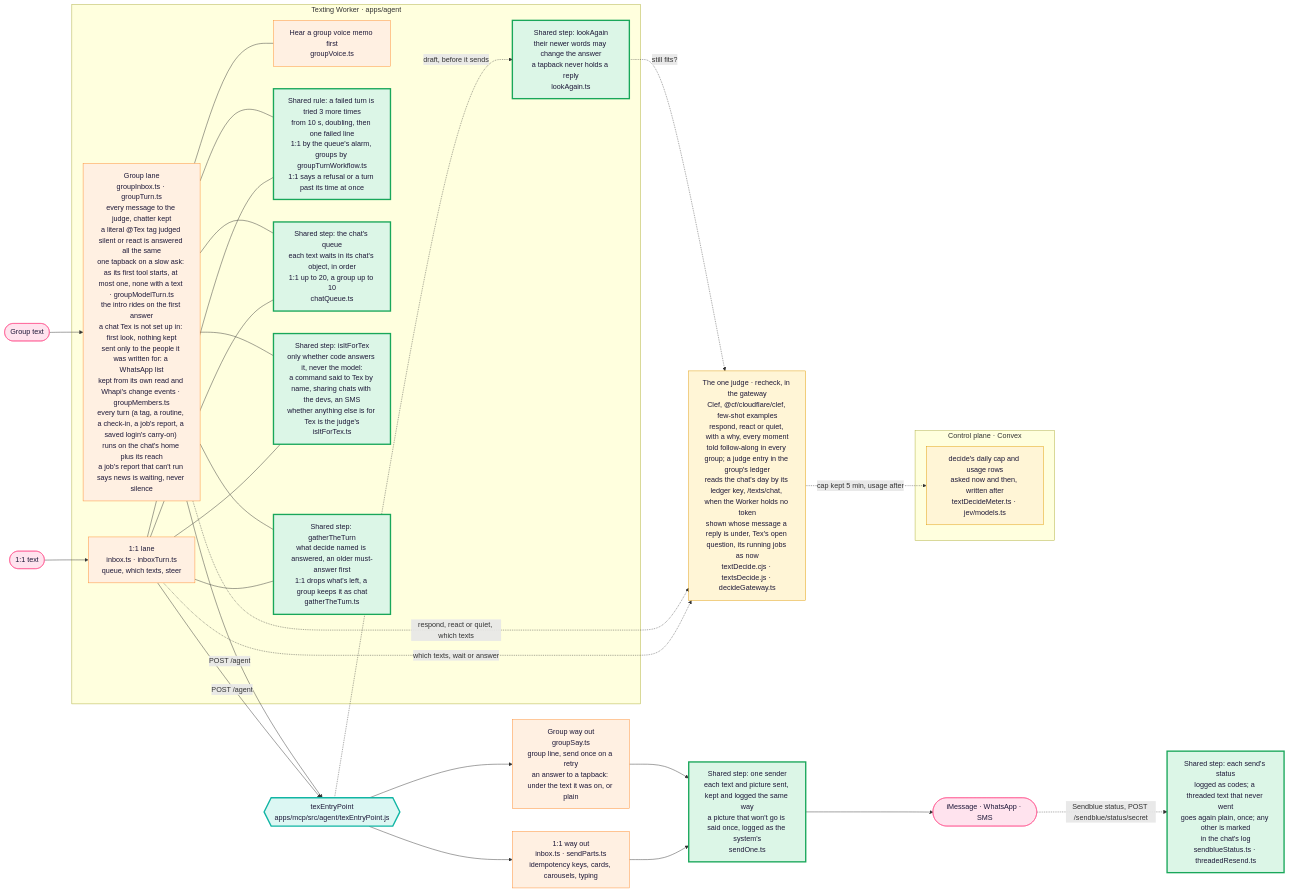
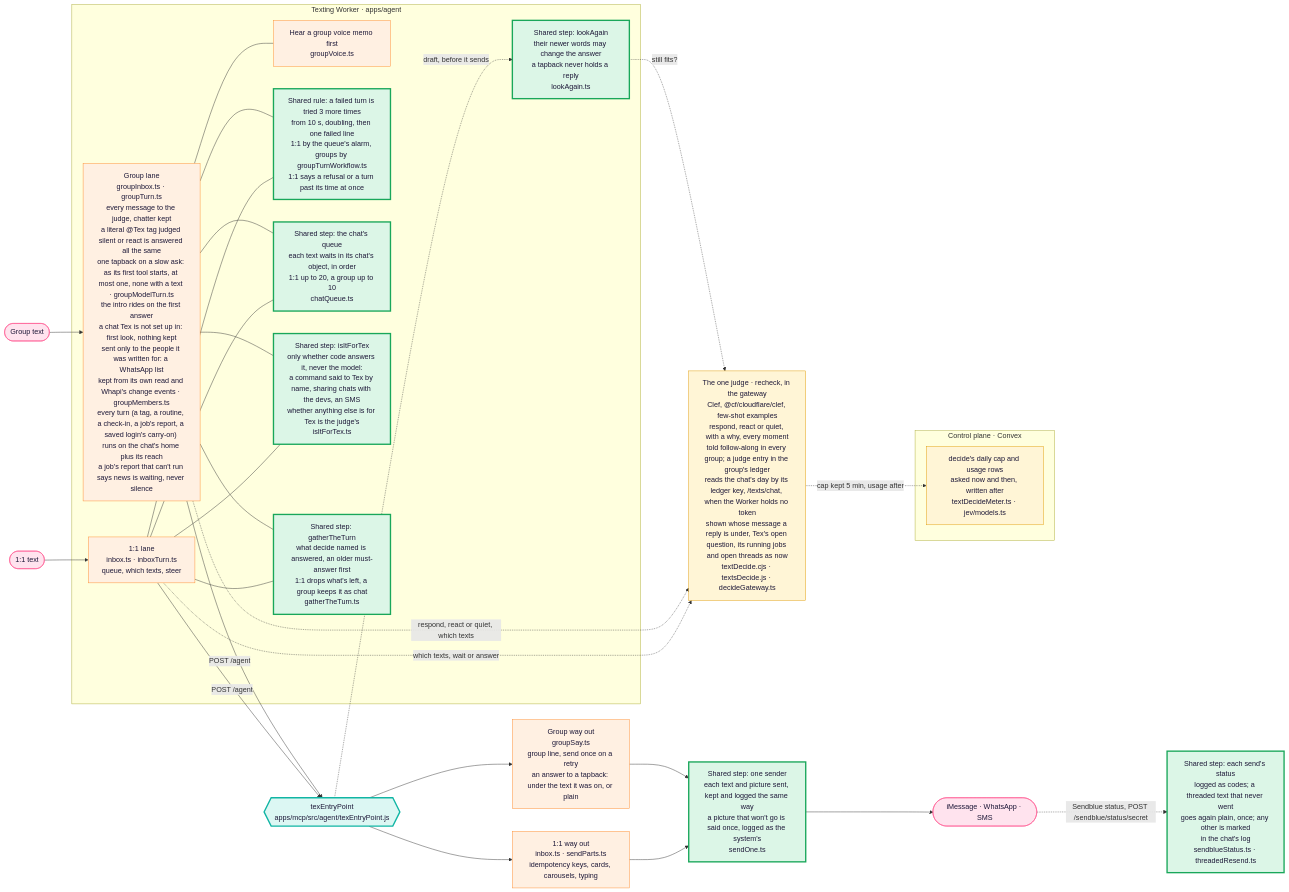
The first of 3 diagrams in docs/architecture/tex.md (Supa-Media/context), drawn with Mermaid before and after one commit. The commit also changed other lines of this file and 5 other files, not shown here.

First line of the commit message:
Tell the judge which conversations in the chat are open

````diff
--- a/docs/architecture/tex.md
+++ b/docs/architecture/tex.md
@@ -22,47 +22,47 @@
 ```mermaid
 flowchart LR
   P1([1:1 text]):::you --> W1
   P2([Group text]):::you --> W2
   subgraph Worker["Texting Worker · apps/agent"]
     W1["1:1 lane<br/>inbox.ts · inboxTurn.ts<br/>queue, which texts, steer"]:::pipe
     W2["Group lane<br/>groupInbox.ts · groupTurn.ts<br/>every message to the judge, chatter kept<br/>a literal @Tex tag judged silent or react is answered all the same<br/>one tapback on a slow ask: as its first tool starts, at most one, none with a text · groupModelTurn.ts<br/>the intro rides on the first answer<br/>a chat Tex is not set up in: first look, nothing kept<br/>sent only to the people it was written for: a WhatsApp list<br/>kept from its own read and Whapi's change events · groupMembers.ts<br/>every turn (a tag, a routine, a check-in, a job's report, a saved login's carry-on) runs on the chat's home plus its reach<br/>a job's report that can't run says news is waiting, never silence"]:::pipe
     H["Hear a group voice memo first<br/>groupVoice.ts"]:::pipe
     W2 --- H
     LA["Shared step: lookAgain<br/>their newer words may change the answer<br/>a tapback never holds a reply<br/>lookAgain.ts"]:::shared
     RT["Shared rule: a failed turn is tried 3 more times<br/>from 10 s, doubling, then one failed line<br/>1:1 by the queue's alarm, groups by groupTurnWorkflow.ts<br/>1:1 says a refusal or a turn past its time at once"]:::shared
     W1 --- RT
     W2 --- RT
     Q["Shared step: the chat's queue<br/>each text waits in its chat's object, in order<br/>1:1 up to 20, a group up to 10<br/>chatQueue.ts"]:::shared
     W1 --- Q
     W2 --- Q
     FT["Shared step: isItForTex<br/>only whether code answers it, never the model:<br/>a command said to Tex by name, sharing chats with the devs, an SMS<br/>whether anything else is for Tex is the judge's<br/>isItForTex.ts"]:::shared
     W1 --- FT
     W2 --- FT
     GT["Shared step: gatherTheTurn<br/>what decide named is answered, an older must-answer first<br/>1:1 drops what's left, a group keeps it as chat<br/>gatherTheTurn.ts"]:::shared
     W1 --- GT
     W2 --- GT
   end
-  D["The one judge · recheck, in the gateway<br/>Clef, @cf/cloudflare/clef, few-shot examples<br/>respond, react or quiet, with a why, every moment<br/>told follow-along in every group; a judge entry in the group's ledger<br/>reads the chat's day by its ledger key, /texts/chat, when the Worker holds no token<br/>shown whose message a reply is under, Tex's open question, its running jobs as now<br/>textDecide.cjs · textsDecide.js · decideGateway.ts"]:::judge
+  D["The one judge · recheck, in the gateway<br/>Clef, @cf/cloudflare/clef, few-shot examples<br/>respond, react or quiet, with a why, every moment<br/>told follow-along in every group; a judge entry in the group's ledger<br/>reads the chat's day by its ledger key, /texts/chat, when the Worker holds no token<br/>shown whose message a reply is under, Tex's open question, its running jobs and open threads as now<br/>textDecide.cjs · textsDecide.js · decideGateway.ts"]:::judge
   subgraph Control["Control plane · Convex"]
     CAP["decide's daily cap and usage rows<br/>asked now and then, written after<br/>textDecideMeter.ts · jev/models.ts"]:::judge
   end
   D -. cap kept 5 min, usage after .-> CAP
   W1 -. which texts, wait or answer .-> D
   W2 -. respond, react or quiet, which texts .-> D
   E -. draft, before it sends .-> LA
   LA -. still fits? .-> D
   W1 -->|POST /agent| E
   W2 -->|POST /agent| E
   E{{"texEntryPoint<br/>apps/mcp/src/agent/texEntryPoint.js"}}:::door
   E --> S1["1:1 way out<br/>inbox.ts · sendParts.ts<br/>idempotency keys, cards, carousels, typing"]:::pipe
   E --> S2["Group way out<br/>groupSay.ts<br/>group line, send once on a retry<br/>an answer to a tapback: under the text it was on, or plain"]:::pipe
   S1 --> SO["Shared step: one sender<br/>each text and picture sent, kept and logged the same way<br/>a picture that won't go is said once, logged as the system's<br/>sendOne.ts"]:::shared
   S2 --> SO
   SO --> Out([iMessage · WhatsApp · SMS]):::you
   Out -. "Sendblue status, POST /sendblue/status/secret" .-> ST["Shared step: each send's status<br/>logged as codes; a threaded text that never went<br/>goes again plain, once; any other is marked<br/>in the chat's log<br/>sendblueStatus.ts · threadedResend.ts"]:::shared
   classDef you fill:#ffe3ee,stroke:#ff4f8b,color:#1d1838
   classDef pipe fill:#fff0e2,stroke:#ff8a2a,color:#1d1838
   classDef door fill:#dcf7f3,stroke:#11b5a4,stroke-width:3px,color:#1d1838
   classDef judge fill:#fff5d6,stroke:#e09a00,color:#1d1838
   classDef shared fill:#dcf6e7,stroke:#19a75a,stroke-width:3px,color:#1d1838
 ```
````
